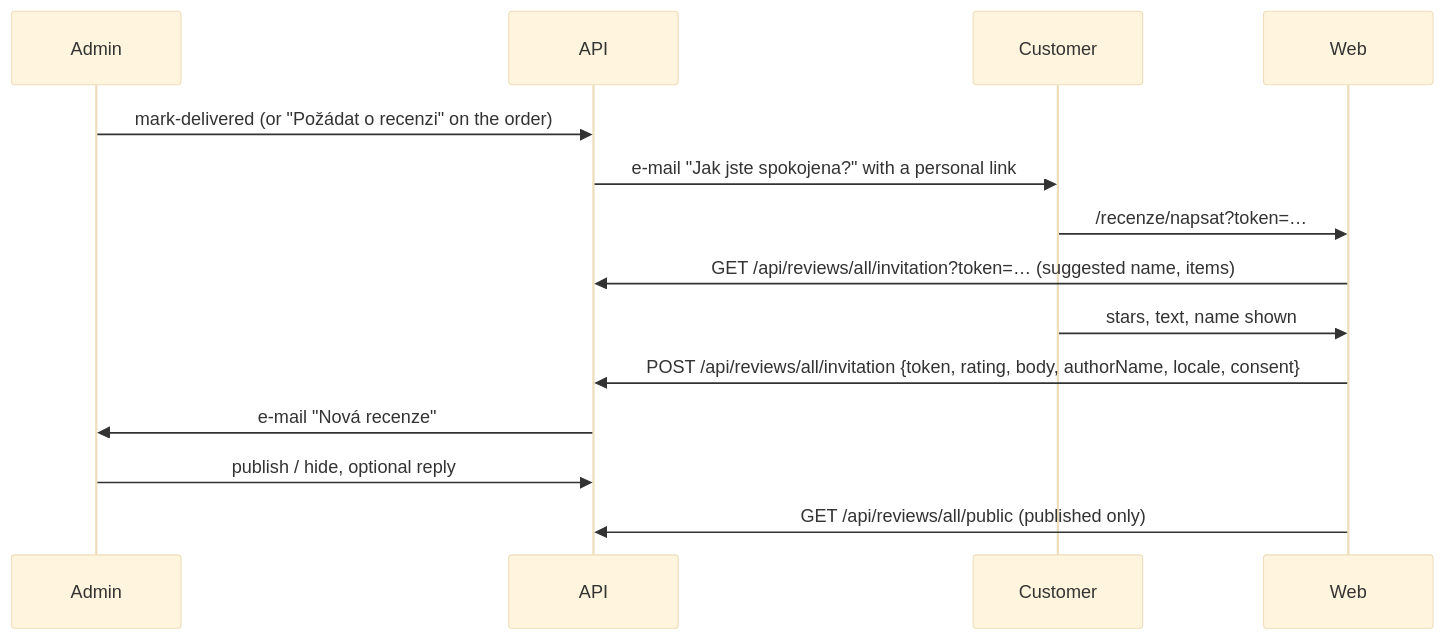
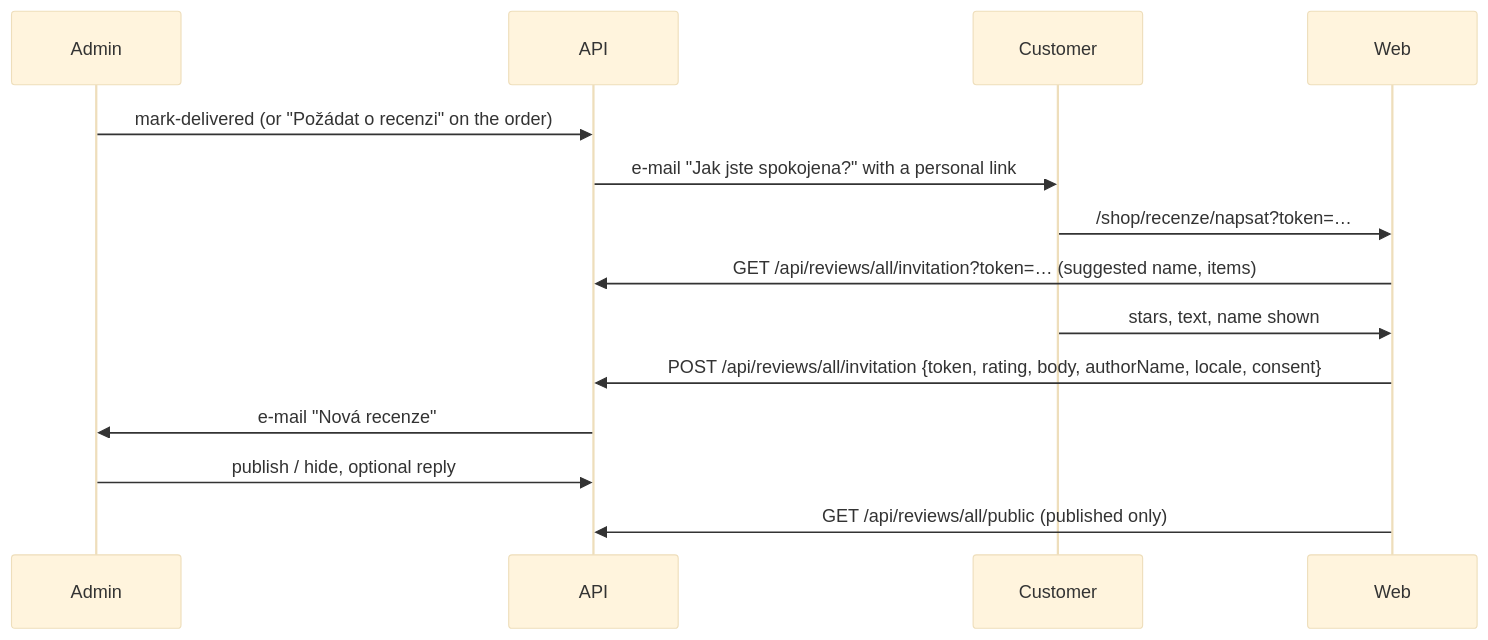
The diagram in features/2026-11-01-customer-reviews/README.md (klotilda-lisejnikova/klotilda), drawn with Mermaid (base theme) before and after one commit. The commit also changed other lines of this file and 16 other files, not shown here.

````diff
--- a/features/2026-11-01-customer-reviews/README.md
+++ b/features/2026-11-01-customer-reviews/README.md
@@ -33,16 +33,16 @@
 ```mermaid
 sequenceDiagram
   participant A as Admin
   participant API
   participant C as Customer
   participant W as Web
   A->>API: mark-delivered (or "Požádat o recenzi" on the order)
   API->>C: e-mail "Jak jste spokojena?" with a personal link
-  C->>W: /recenze/napsat?token=…
+  C->>W: /shop/recenze/napsat?token=…
   W->>API: GET /api/reviews/all/invitation?token=… (suggested name, items)
   C->>W: stars, text, name shown
   W->>API: POST /api/reviews/all/invitation {token, rating, body, authorName, locale, consent}
   API->>A: e-mail "Nová recenze"
   A->>API: publish / hide, optional reply
   W->>API: GET /api/reviews/all/public (published only)
 ```
````
